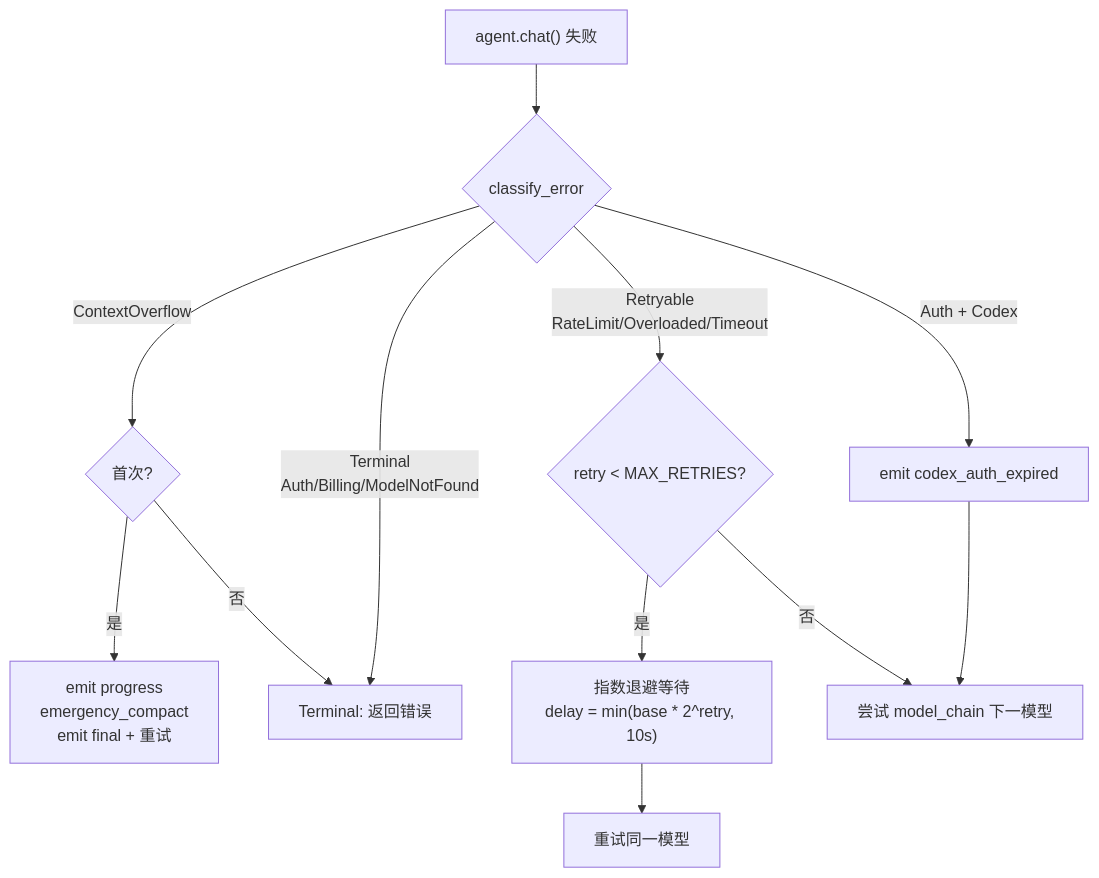
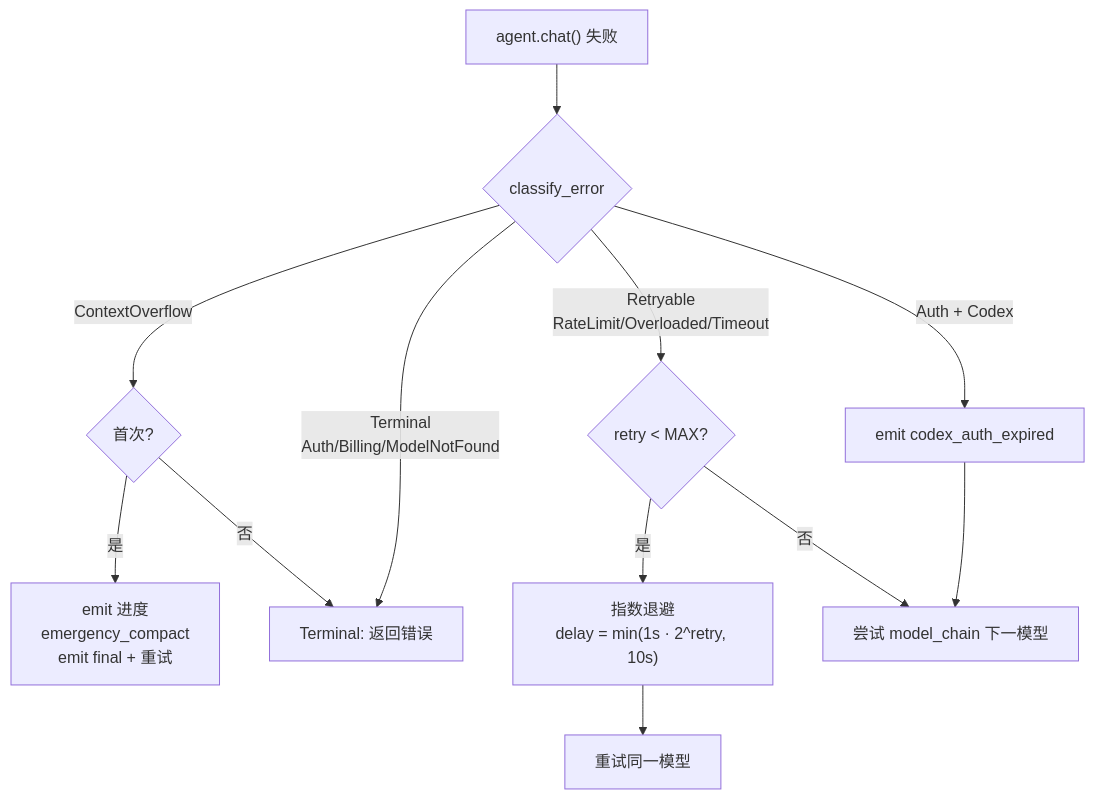
The sixth of 7 diagrams in docs/architecture/chat-engine.md (shiwenwen/hope-agent), drawn with Mermaid before and after one commit. The commit also changed other lines of this file and 7 other files, not shown here.

````diff
--- a/docs/architecture/chat-engine.md
+++ b/docs/architecture/chat-engine.md
@@ -592,15 +616,14 @@
 ```mermaid
 flowchart TD
     A["agent.chat() 失败"] --> B{"classify_error"}
     B -->|"ContextOverflow"| C{"首次?"}
-    C -->|"是"| D["emit progress<br/>emergency_compact<br/>emit final + 重试"]
+    C -->|"是"| D["emit 进度<br/>emergency_compact<br/>emit final + 重试"]
     C -->|"否"| E["Terminal: 返回错误"]
     B -->|"Terminal<br/>Auth/Billing/ModelNotFound"| E
-    B -->|"Retryable<br/>RateLimit/Overloaded/Timeout"| F{"retry &lt; MAX_RETRIES?"}
-    F -->|"是"| G["指数退避等待<br/>delay = min(base * 2^retry, 10s)"]
+    B -->|"Retryable<br/>RateLimit/Overloaded/Timeout"| F{"retry &lt; MAX?"}
+    F -->|"是"| G["指数退避<br/>delay = min(1s · 2^retry, 10s)"]
     G --> H["重试同一模型"]
     F -->|"否"| I["尝试 model_chain 下一模型"]
     B -->|"Auth + Codex"| J["emit codex_auth_expired"]
     J --> I
-
 ```
````
